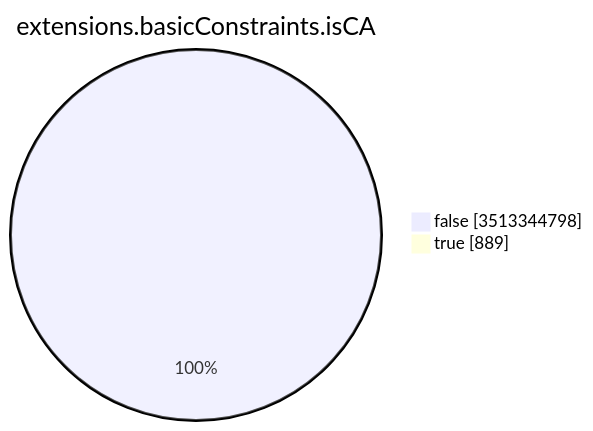
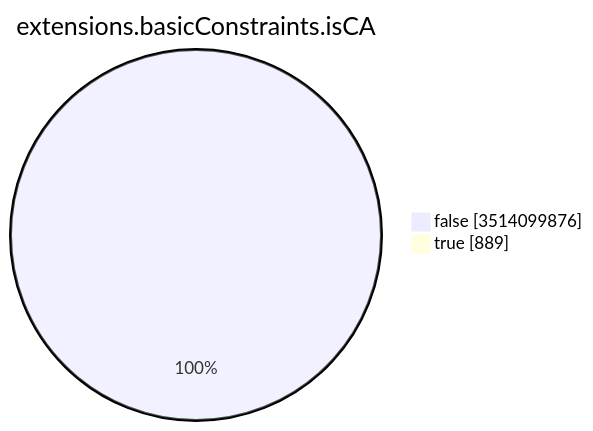
The seventh of 15 diagrams in TOTAL/README.md (christiankrug/ctmonitor_visualization), drawn with Mermaid before and after one commit. The commit also changed other lines of this file, not shown here.

````diff
--- a/TOTAL/README.md
+++ b/TOTAL/README.md
@@ -3094,6 +3094,6 @@
 ```mermaid
 pie showData
 title extensions.basicConstraints.isCA
-"false" :3513344798
+"false" :3514099876
 "true" :889
 ```
````
